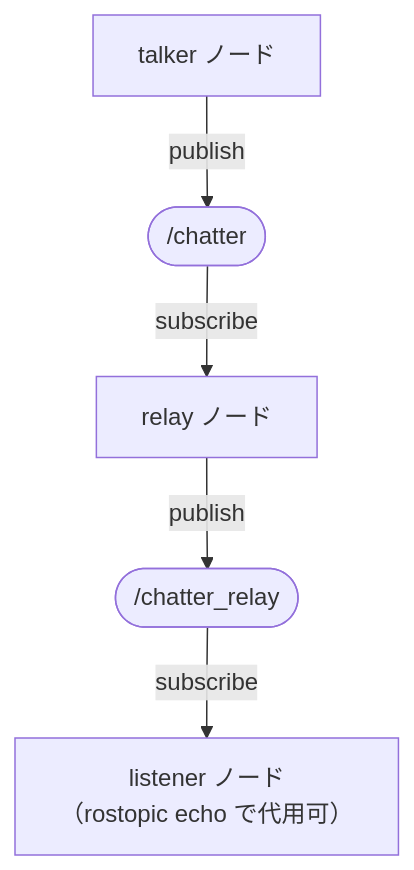
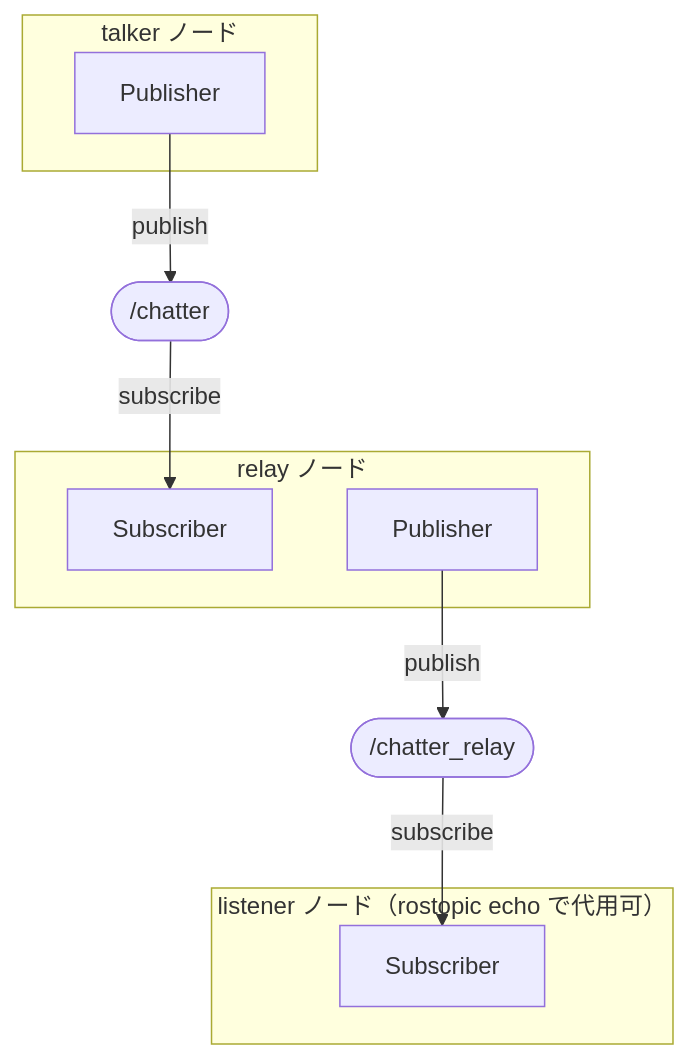
Before and after one commit to Harlequinade1123/ros1-tutorials: the fourth of 4 diagrams in docs/04_publisher_subscriber.md, drawn with Mermaid. The commit also changed other lines of this file, not shown here.

Commit message:
docs: add Subscriber subgraph to node diagrams in ch.4

````diff
--- a/docs/04_publisher_subscriber.md
+++ b/docs/04_publisher_subscriber.md
@@ -223,12 +225,19 @@
 ```mermaid
 graph TD
-    talker["talker ノード"]
+    subgraph talkerNode ["talker ノード"]
+        tPub["Publisher"]
+    end
     ch(["/chatter"])
-    relay["relay ノード"]
+    subgraph relayNode ["relay ノード"]
+        rSub["Subscriber"]
+        rPub["Publisher"]
+    end
     ch_r(["/chatter_relay"])
-    listener["listener ノード<br/>（rostopic echo で代用可）"]
-    talker -->|"publish"| ch
-    ch -->|"subscribe"| relay
-    relay -->|"publish"| ch_r
-    ch_r -->|"subscribe"| listener
+    subgraph listenerNode ["listener ノード（rostopic echo で代用可）"]
+        lSub["Subscriber"]
+    end
+    tPub -->|"publish"| ch
+    ch -->|"subscribe"| rSub
+    rPub -->|"publish"| ch_r
+    ch_r -->|"subscribe"| lSub
 ```
````
